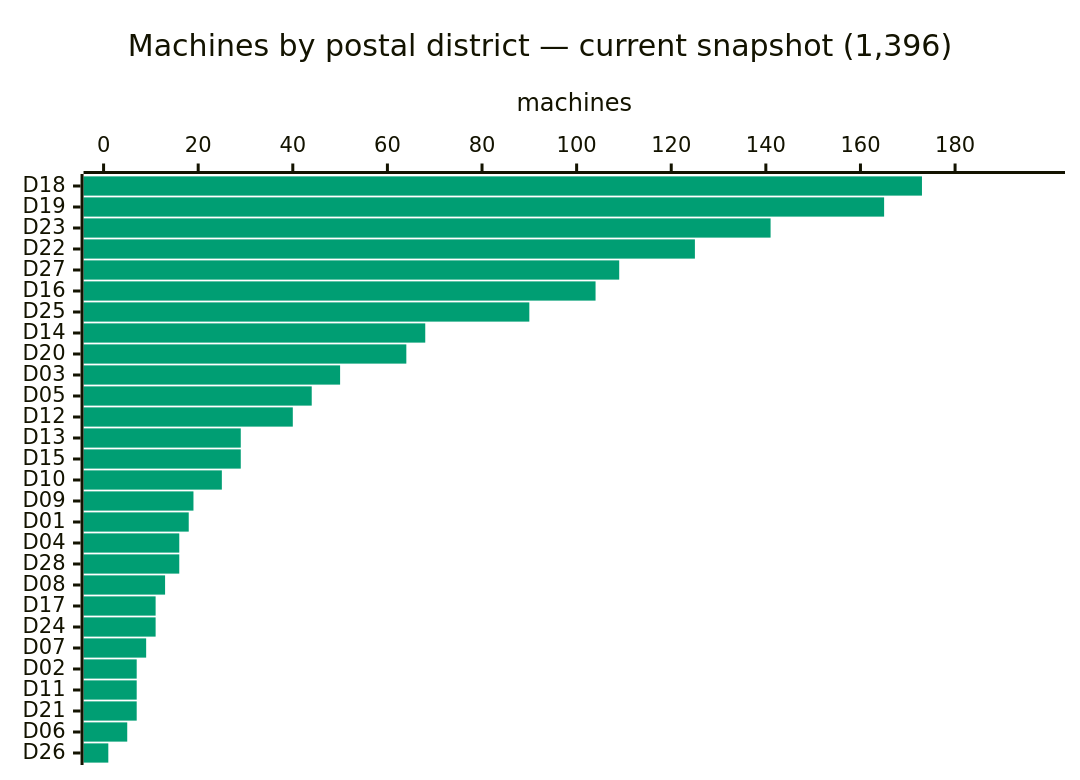
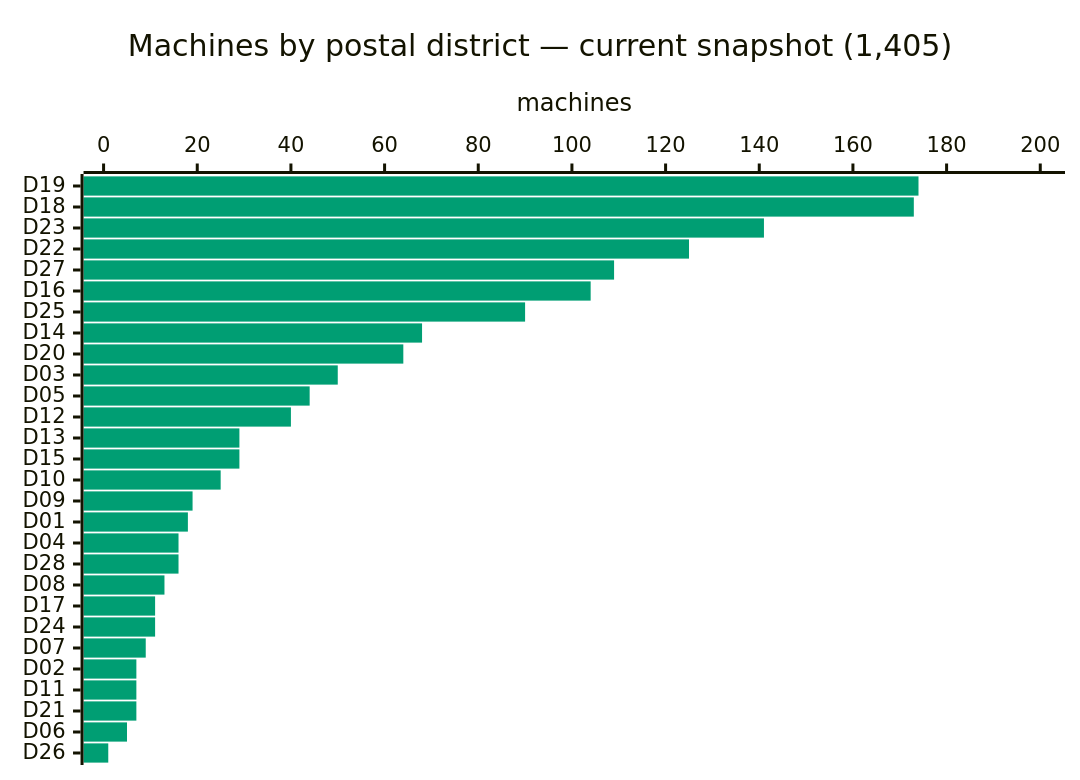
One commit to cheeaun/returnright-data changed the third of 5 diagrams in ANALYSIS.md. Above: the diagram before and after it, drawn with Mermaid. The commit also changed other lines of this file and 4 other files, not shown here.

````diff
--- a/ANALYSIS.md
+++ b/ANALYSIS.md
@@ -90,16 +90,16 @@
 ```mermaid
 ---
 config:
   themeVariables:
     xyChart:
       plotColorPalette: "#009E73"
   xyChart:
     chartOrientation: "horizontal"
     plotReservedSpacePercent: 40
 ---
 xychart-beta
-    title "Machines by postal district — current snapshot (1,396)"
-    x-axis ["D18", "D19", "D23", "D22", "D27", "D16", "D25", "D14", "D20", "D03", "D05", "D12", "D13", "D15", "D10", "D09", "D01", "D04", "D28", "D08", "D17", "D24", "D07", "D02", "D11", "D21", "D06", "D26"]
-    y-axis "machines" 0 --> 199
-    bar [173, 165, 141, 125, 109, 104, 90, 68, 64, 50, 44, 40, 29, 29, 25, 19, 18, 16, 16, 13, 11, 11, 9, 7, 7, 7, 5, 1]
+    title "Machines by postal district — current snapshot (1,405)"
+    x-axis ["D19", "D18", "D23", "D22", "D27", "D16", "D25", "D14", "D20", "D03", "D05", "D12", "D13", "D15", "D10", "D09", "D01", "D04", "D28", "D08", "D17", "D24", "D07", "D02", "D11", "D21", "D06", "D26"]
+    y-axis "machines" 0 --> 201
+    bar [174, 173, 141, 125, 109, 104, 90, 68, 64, 50, 44, 40, 29, 29, 25, 19, 18, 16, 16, 13, 11, 11, 9, 7, 7, 7, 5, 1]
 ```
````
